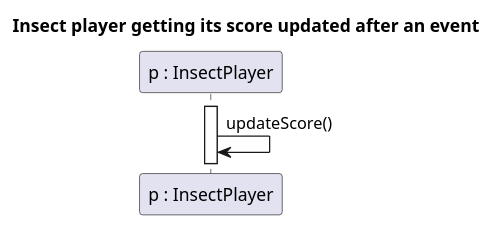
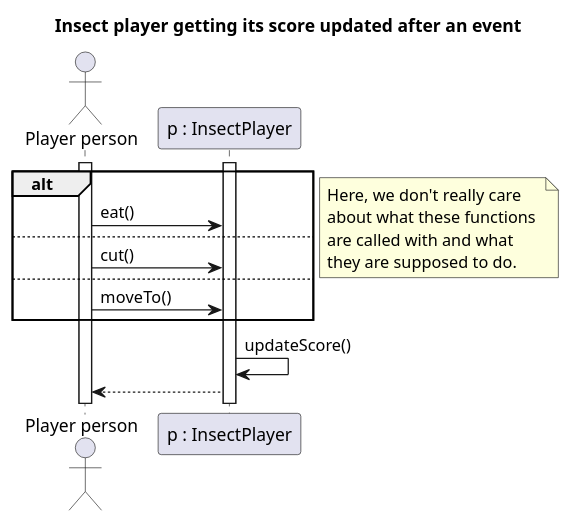
Before and after one commit to Harcipan/Projlab_nullpointerexception: the diagram in diagrams/diagramFiles/SQ_InsectPlayerScore.puml, drawn with PlantUML. The commit also changed 10 other files, not shown here.

```diff
--- a/diagrams/diagramFiles/SQ_InsectPlayerScore.puml
+++ b/diagrams/diagramFiles/SQ_InsectPlayerScore.puml
@@ -1,13 +1,31 @@
 @startuml Insect player score
 
 title Insect player getting its score updated after an event
 
+actor "Player person" as Ac
 participant "p : InsectPlayer" as P
 
+activate Ac
 activate P
 
+alt
+    Ac -> P : eat()
+else 
+    Ac -> P : cut()
+else
+    Ac -> P : moveTo()
+end 
+note right 
+Here, we don't really care 
+about what these functions 
+are called with and what 
+they are supposed to do.
+end note
+
 P -> P : updateScore()
+
+P --> Ac
 
 
 
 @enduml
```
